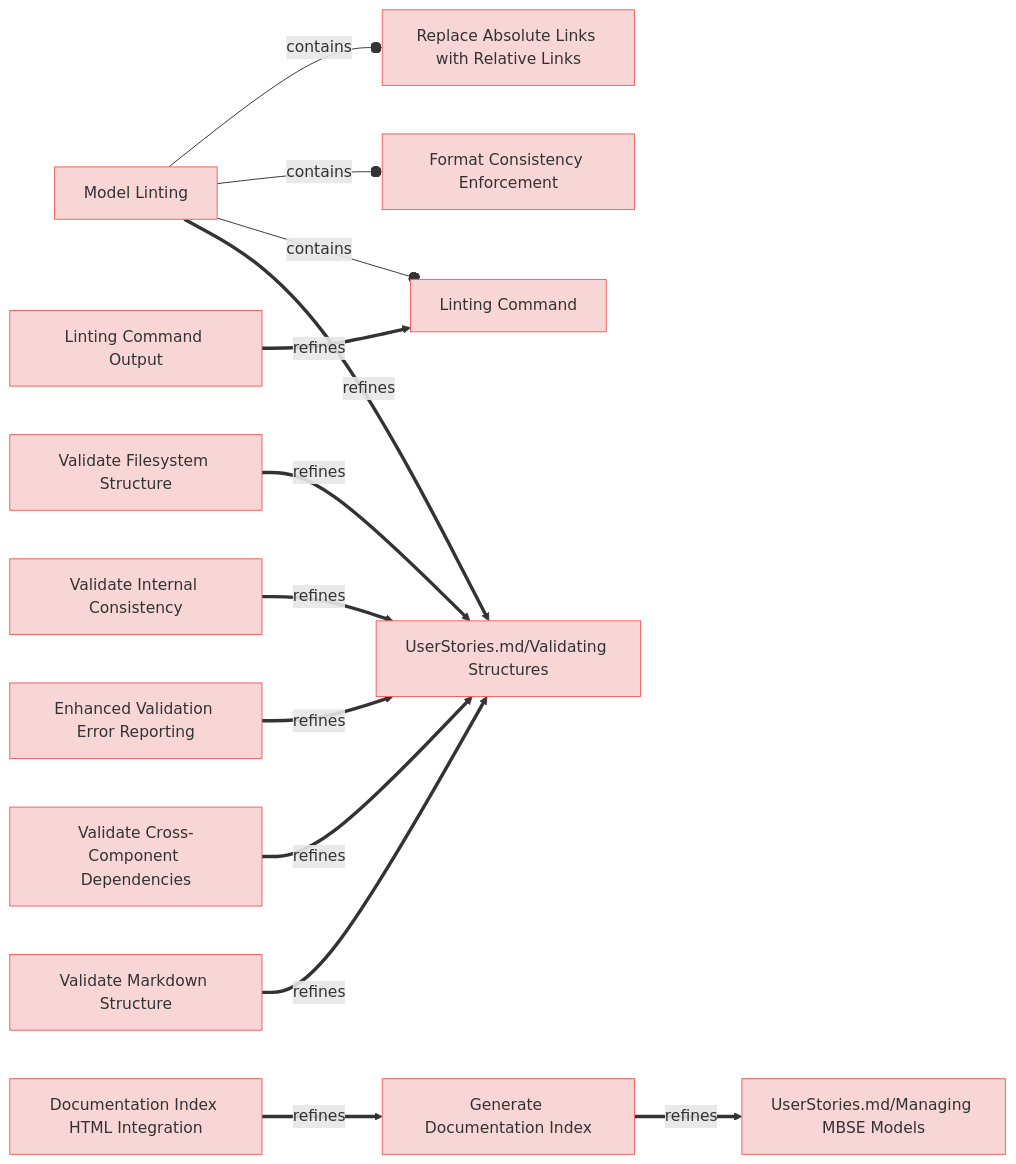
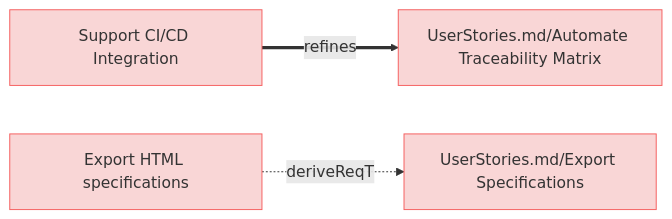
Before and after one commit to reqvire-org/reqvire: the fourth of 4 diagrams in specifications/UserRequirements.md, drawn with Mermaid. The commit also changed other lines of this file and 10 other files, not shown here.

````diff
--- a/specifications/UserRequirements.md
+++ b/specifications/UserRequirements.md
@@ -251,63 +685,23 @@
 ```mermaid
 graph LR;
   %% Graph styling
   classDef requirement fill:#f9d6d6,stroke:#f55f5f,stroke-width:1px;
   classDef verification fill:#d6f9d6,stroke:#5fd75f,stroke-width:1px;
   classDef externalLink fill:#d0e0ff,stroke:#3080ff,stroke-width:1px;
   classDef default fill:#f5f5f5,stroke:#333333,stroke-width:1px;
 
-  85f6854a46["Replace Absolute Links with Relative Links"];
-  click 85f6854a46 "UserRequirements.md#replace-absolute-links-with-relative-links";
-  class 85f6854a46 requirement;
-  103ddb8dc3["Model Linting"];
-  class 103ddb8dc3 requirement;
-  click 103ddb8dc3 "UserRequirements.md#model-linting";
-  103ddb8dc3 --o|contains| 85f6854a46;
-  81758bdb22["Format Consistency Enforcement"];
-  click 81758bdb22 "UserRequirements.md#format-consistency-enforcement";
-  class 81758bdb22 requirement;
-  103ddb8dc3 --o|contains| 81758bdb22;
-  887a7d36ca["Linting Command"];
-  click 887a7d36ca "UserRequirements.md#linting-command";
-  class 887a7d36ca requirement;
-  103ddb8dc3 --o|contains| 887a7d36ca;
-  d834cc4bc9["Validate Filesystem Structure"];
-  click d834cc4bc9 "UserRequirements.md#validate-filesystem-structure";
-  class d834cc4bc9 requirement;
-  a60d88b6e2["UserStories.md/Validating Structures"];
-  class a60d88b6e2 requirement;
-  click a60d88b6e2 "UserStories.md#validating-structures";
-  d834cc4bc9 ==>|refines| a60d88b6e2;
-  808b1863c8["Linting Command Output"];
-  click 808b1863c8 "UserRequirements.md#linting-command-output";
-  class 808b1863c8 requirement;
-  808b1863c8 ==>|refines| 887a7d36ca;
-  9e524ac696["Validate Internal Consistency"];
-  click 9e524ac696 "UserRequirements.md#validate-internal-consistency";
-  class 9e524ac696 requirement;
-  9e524ac696 ==>|refines| a60d88b6e2;
-  7cf5cf9900["Enhanced Validation Error Reporting"];
-  click 7cf5cf9900 "UserRequirements.md#enhanced-validation-error-reporting";
-  class 7cf5cf9900 requirement;
-  7cf5cf9900 ==>|refines| a60d88b6e2;
-  103ddb8dc3 ==>|refines| a60d88b6e2;
-  f5b5eaeb28["Generate Documentation Index"];
-  click f5b5eaeb28 "UserRequirements.md#generate-documentation-index";
-  class f5b5eaeb28 requirement;
-  852dea6cfe["UserStories.md/Managing MBSE Models"];
-  class 852dea6cfe requirement;
-  click 852dea6cfe "UserStories.md#managing-mbse-models";
-  f5b5eaeb28 ==>|refines| 852dea6cfe;
-  e1c89b5d94["Documentation Index HTML Integration"];
-  click e1c89b5d94 "UserRequirements.md#documentation-index-html-integration";
-  class e1c89b5d94 requirement;
-  e1c89b5d94 ==>|refines| f5b5eaeb28;
-  6e40bf9f83["Validate Cross-Component Dependencies"];
-  click 6e40bf9f83 "UserRequirements.md#validate-cross-component-dependencies";
-  class 6e40bf9f83 requirement;
-  6e40bf9f83 ==>|refines| a60d88b6e2;
-  7b1772417b["Validate Markdown Structure"];
-  click 7b1772417b "UserRequirements.md#validate-markdown-structure";
-  class 7b1772417b requirement;
-  7b1772417b ==>|refines| a60d88b6e2;
+  33733d2f42["Support CI/CD Integration"];
+  click 33733d2f42 "UserRequirements.md#support-ci/cd-integration";
+  class 33733d2f42 requirement;
+  e4eb5bf7e5["UserStories.md/Automate Traceability Matrix"];
+  class e4eb5bf7e5 requirement;
+  click e4eb5bf7e5 "UserStories.md#generate-traceability-matrix";
+  33733d2f42 ==>|refines| e4eb5bf7e5;
+  72c7eda618["Export HTML specifications"];
+  click 72c7eda618 "UserRequirements.md#export-html-specifications";
+  class 72c7eda618 requirement;
+  100197ce81["UserStories.md/Export Specifications"];
+  class 100197ce81 requirement;
+  click 100197ce81 "UserStories.md#export-specifications";
+  72c7eda618 -.->|deriveReqT| 100197ce81;
 ```
````
